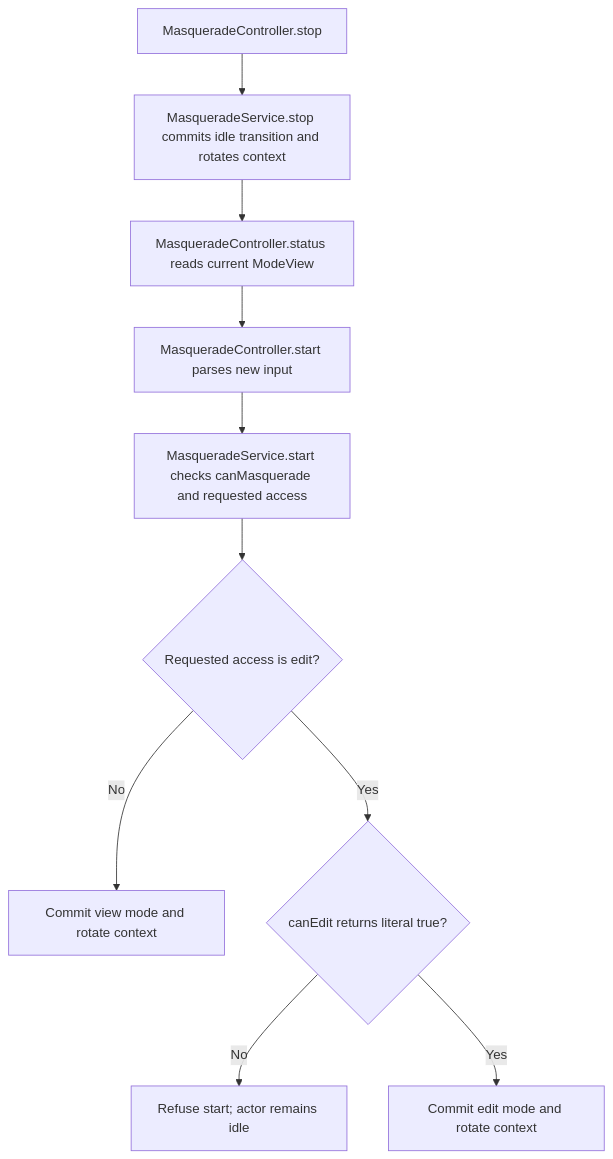
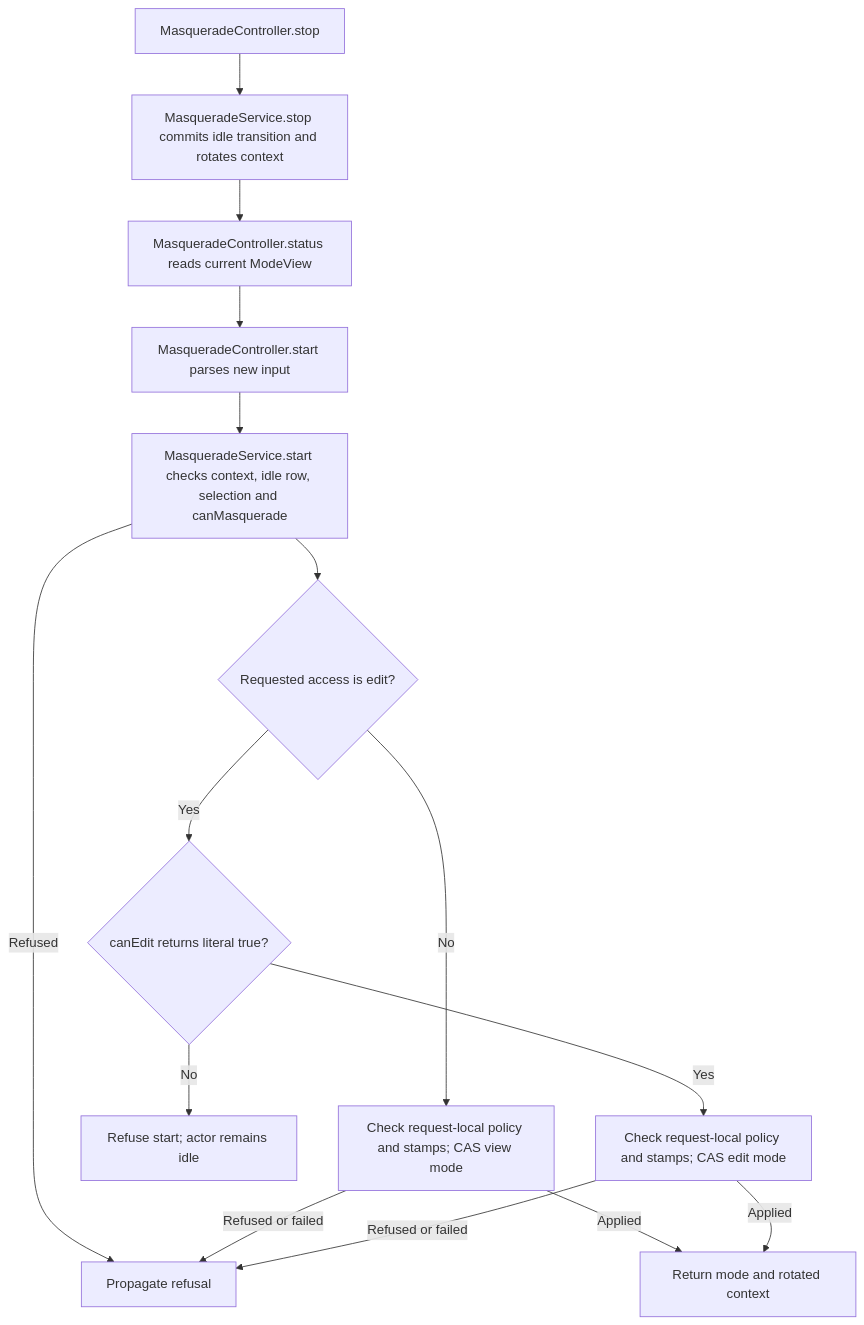
The second of 2 diagrams in user-stories/start-stop-mode/us-actor-05-change-mode-access.md (Kevinjohn/oss-adonisjs-masquerade), drawn with Mermaid before and after one commit. The commit also changed other lines of this file and 26 other files, not shown here.

````diff
--- a/user-stories/start-stop-mode/us-actor-05-change-mode-access.md
+++ b/user-stories/start-stop-mode/us-actor-05-change-mode-access.md
@@ -41,12 +47,17 @@
 ```mermaid
 flowchart TD
     A["MasqueradeController.stop"] --> B["MasqueradeService.stop commits idle transition and rotates context"]
     B --> C["MasqueradeController.status reads current ModeView"]
     C --> D["MasqueradeController.start parses new input"]
-    D --> E["MasqueradeService.start checks canMasquerade and requested access"]
+    D --> E["MasqueradeService.start checks context, idle row, selection and canMasquerade"]
+    E -->|Refused| R["Propagate refusal"]
     E --> F{"Requested access is edit?"}
-    F -->|No| G["Commit view mode and rotate context"]
+    F -->|No| G["Check request-local policy and stamps; CAS view mode"]
     F -->|Yes| H{"canEdit returns literal true?"}
     H -->|No| I["Refuse start; actor remains idle"]
-    H -->|Yes| J["Commit edit mode and rotate context"]
+    H -->|Yes| J["Check request-local policy and stamps; CAS edit mode"]
+    G -->|Applied| K["Return mode and rotated context"]
+    J -->|Applied| K
+    G -->|Refused or failed| R
+    J -->|Refused or failed| R
 ```
````
